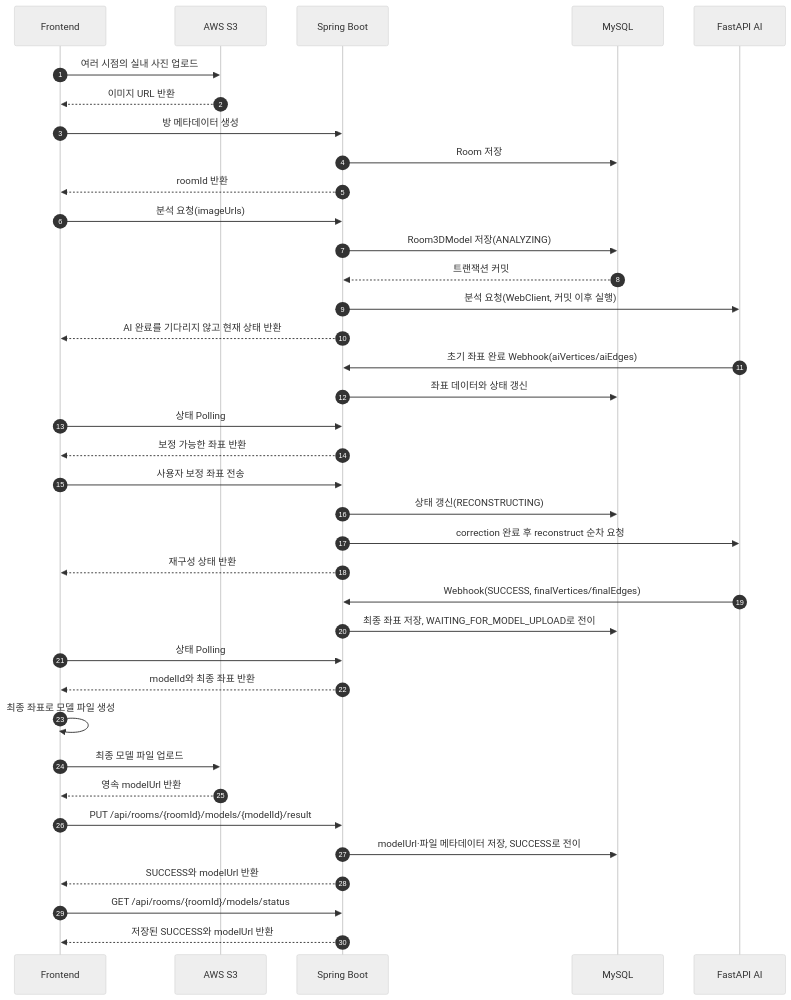
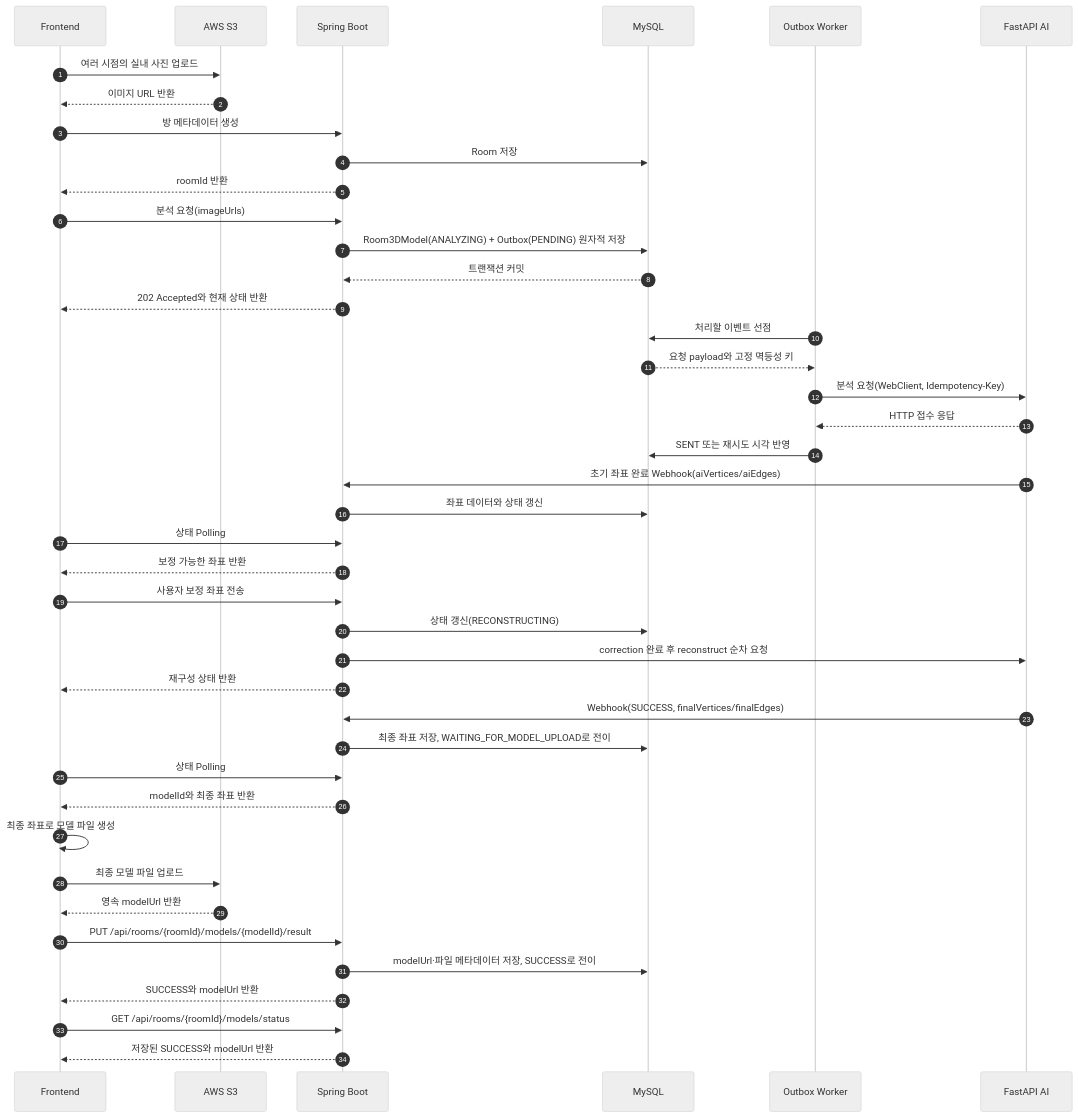
Before and after one commit to wjs4379/3d-reconstruction-backend-portfolio: the second of 3 diagrams in README.md, drawn with Mermaid (neutral theme). The commit also changed other lines of this file and 41 other files, not shown here.

````diff
--- a/README.md
+++ b/README.md
@@ -52,43 +56,48 @@
 ```mermaid
 sequenceDiagram
     autonumber
     participant FE as Frontend
     participant S3 as AWS S3
     participant BE as Spring Boot
     participant DB as MySQL
+    participant WORKER as Outbox Worker
     participant AI as FastAPI AI
 
     FE->>S3: 여러 시점의 실내 사진 업로드
     S3-->>FE: 이미지 URL 반환
     FE->>BE: 방 메타데이터 생성
     BE->>DB: Room 저장
     BE-->>FE: roomId 반환
     FE->>BE: 분석 요청(imageUrls)
-    BE->>DB: Room3DModel 저장(ANALYZING)
+    BE->>DB: Room3DModel(ANALYZING) + Outbox(PENDING) 원자적 저장
     DB-->>BE: 트랜잭션 커밋
-    BE->>AI: 분석 요청(WebClient, 커밋 이후 실행)
-    BE-->>FE: AI 완료를 기다리지 않고 현재 상태 반환
+    BE-->>FE: 202 Accepted와 현재 상태 반환
+    WORKER->>DB: 처리할 이벤트 선점
+    DB-->>WORKER: 요청 payload와 고정 멱등성 키
+    WORKER->>AI: 분석 요청(WebClient, Idempotency-Key)
+    AI-->>WORKER: HTTP 접수 응답
+    WORKER->>DB: SENT 또는 재시도 시각 반영
 
     AI->>BE: 초기 좌표 완료 Webhook(aiVertices/aiEdges)
     BE->>DB: 좌표 데이터와 상태 갱신
     FE->>BE: 상태 Polling
     BE-->>FE: 보정 가능한 좌표 반환
 
     FE->>BE: 사용자 보정 좌표 전송
     BE->>DB: 상태 갱신(RECONSTRUCTING)
     BE->>AI: correction 완료 후 reconstruct 순차 요청
     BE-->>FE: 재구성 상태 반환
 
     AI->>BE: Webhook(SUCCESS, finalVertices/finalEdges)
     BE->>DB: 최종 좌표 저장, WAITING_FOR_MODEL_UPLOAD로 전이
     FE->>BE: 상태 Polling
     BE-->>FE: modelId와 최종 좌표 반환
     FE->>FE: 최종 좌표로 모델 파일 생성
     FE->>S3: 최종 모델 파일 업로드
     S3-->>FE: 영속 modelUrl 반환
     FE->>BE: PUT /api/rooms/{roomId}/models/{modelId}/result
     BE->>DB: modelUrl·파일 메타데이터 저장, SUCCESS로 전이
     BE-->>FE: SUCCESS와 modelUrl 반환
     FE->>BE: GET /api/rooms/{roomId}/models/status
     BE-->>FE: 저장된 SUCCESS와 modelUrl 반환
 ```
````
